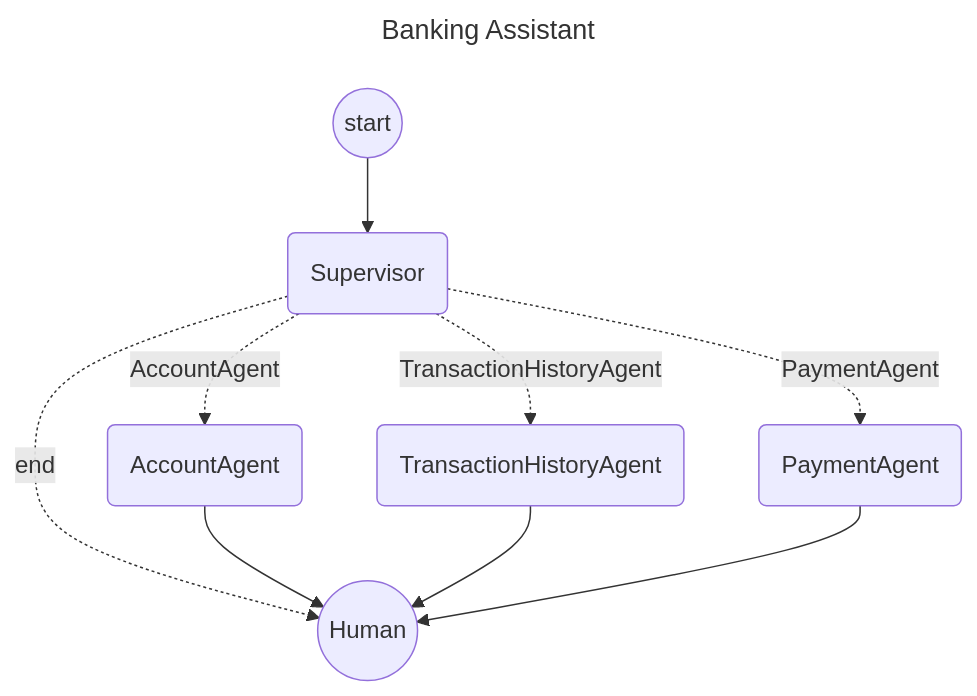
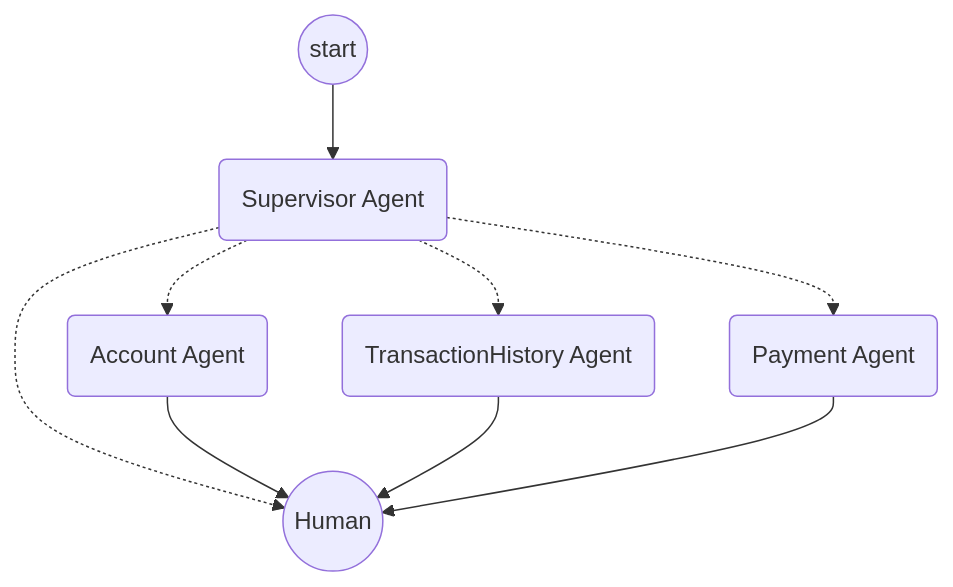
Before and after one commit to dantelmomsft/agent-openai-java-banking-assistant-langgraph4j: the diagram in README.md, drawn with Mermaid. The commit also changed other lines of this file, not shown here.

````diff
--- a/README.md
+++ b/README.md
@@ -72,30 +72,26 @@
 ```mermaid
----
-title: Banking Assistant
----
 flowchart TD
 	__START__((start))
 	__END__((Human))
-	Supervisor("Supervisor")
-	AccountAgent("AccountAgent")
-	TransactionHistoryAgent("TransactionHistoryAgent")
-	PaymentAgent("PaymentAgent")
+	Supervisor("Supervisor Agent")
+	AccountAgent("Account Agent")
+	TransactionHistoryAgent("TransactionHistory Agent")
+	PaymentAgent("Payment Agent")
 	%%	condition1{"check state"}
 	__START__:::__START__ --> Supervisor:::Supervisor
 	%%	Supervisor:::Supervisor -.-> condition1:::condition1
-	%%	condition1:::condition1 -.->|TransactionHistoryAgent| TransactionHistoryAgent:::TransactionHistoryAgent
-	Supervisor:::Supervisor -.->|TransactionHistoryAgent| TransactionHistoryAgent:::TransactionHistoryAgent
-	%%	condition1:::condition1 -.->|AccountAgent| AccountAgent:::AccountAgent
-	Supervisor:::Supervisor -.->|AccountAgent| AccountAgent:::AccountAgent
+	%%	condition1:::condition1 -.-> TransactionHistoryAgent:::TransactionHistoryAgent
+	Supervisor:::Supervisor -.-> TransactionHistoryAgent:::TransactionHistoryAgent
+	%%	condition1:::condition1 -.-> AccountAgent:::AccountAgent
+	Supervisor:::Supervisor -.-> AccountAgent:::AccountAgent
 	%%	condition1:::condition1 -.->|PaymentAgent| PaymentAgent:::PaymentAgent
-	Supervisor:::Supervisor -.->|PaymentAgent| PaymentAgent:::PaymentAgent
+	Supervisor:::Supervisor -.-> PaymentAgent:::PaymentAgent
 	%%	condition1:::condition1 -.->|end| __END__:::__END__
-	Supervisor:::Supervisor -.->|end| __END__:::__END__
+	Supervisor:::Supervisor -.-> __END__:::__END__
 	AccountAgent:::AccountAgent --> __END__:::__END__
 	TransactionHistoryAgent:::TransactionHistoryAgent --> __END__:::__END__
 	PaymentAgent:::PaymentAgent --> __END__:::__END__
 
 	classDef ___START__ fill:black,stroke-width:1px,font-size:xx-small;
 	classDef ___END__ fill:black,stroke-width:1px,font-size:xx-small;
-
 ```
````
